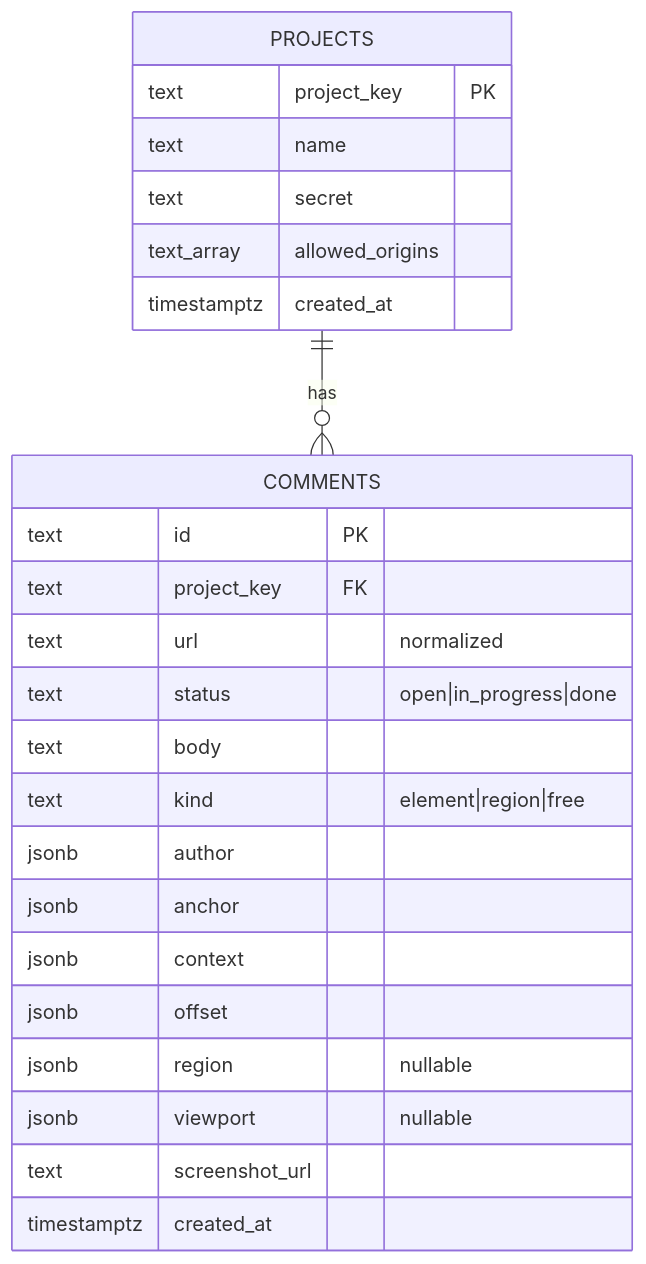
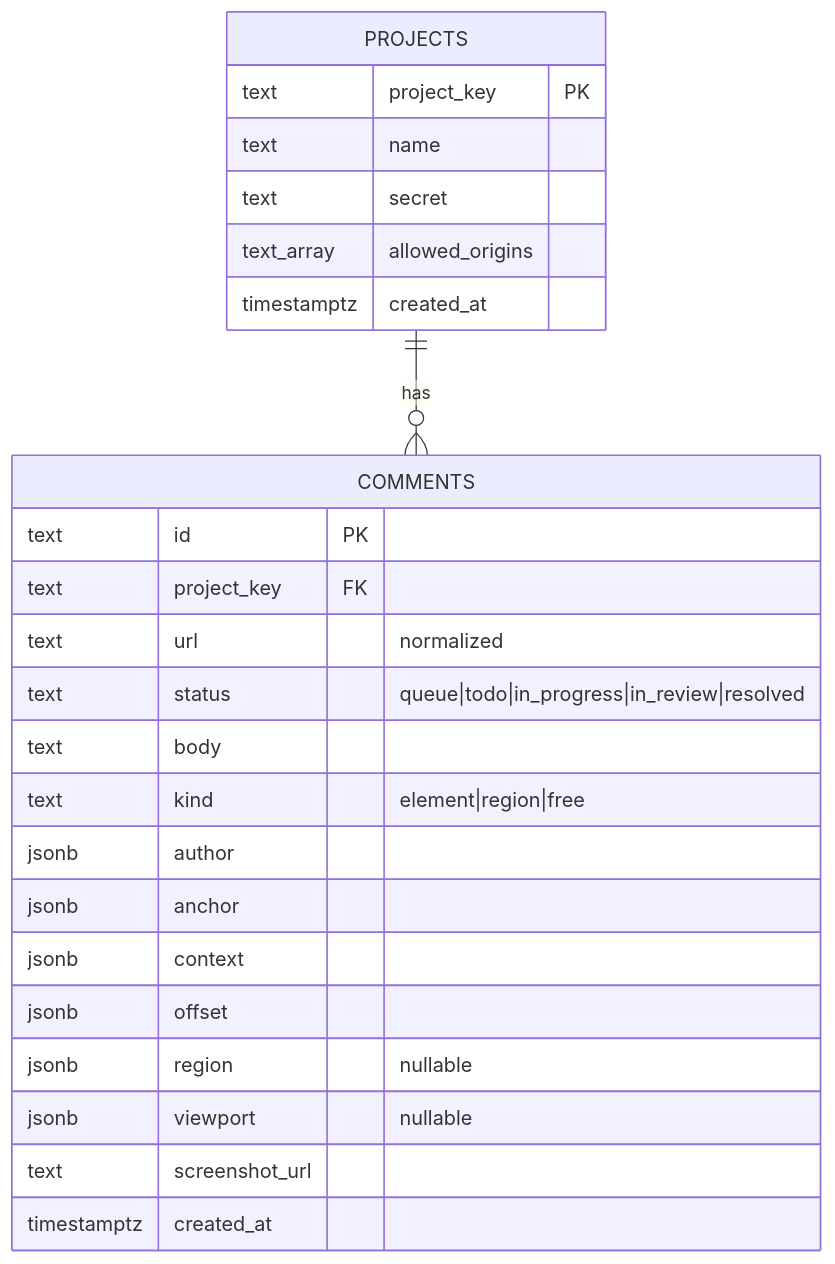
The seventh of 8 diagrams in docs/ARCHITECTURE.md (mohamed-ashraf-elsaed/loupe), drawn with Mermaid before and after one commit. The commit also changed 42 other files, not shown here.

````diff
--- a/docs/ARCHITECTURE.md
+++ b/docs/ARCHITECTURE.md
@@ -217,27 +217,27 @@
 ```mermaid
 erDiagram
   PROJECTS ||--o{ COMMENTS : has
   PROJECTS {
     text project_key PK
     text name
     text secret
     text_array allowed_origins
     timestamptz created_at
   }
   COMMENTS {
     text id PK
     text project_key FK
     text url "normalized"
-    text status "open|in_progress|done"
+    text status "queue|todo|in_progress|in_review|resolved"
     text body
     text kind "element|region|free"
     jsonb author
     jsonb anchor
     jsonb context
     jsonb offset
     jsonb region "nullable"
     jsonb viewport "nullable"
     text screenshot_url
     timestamptz created_at
   }
 ```
````
